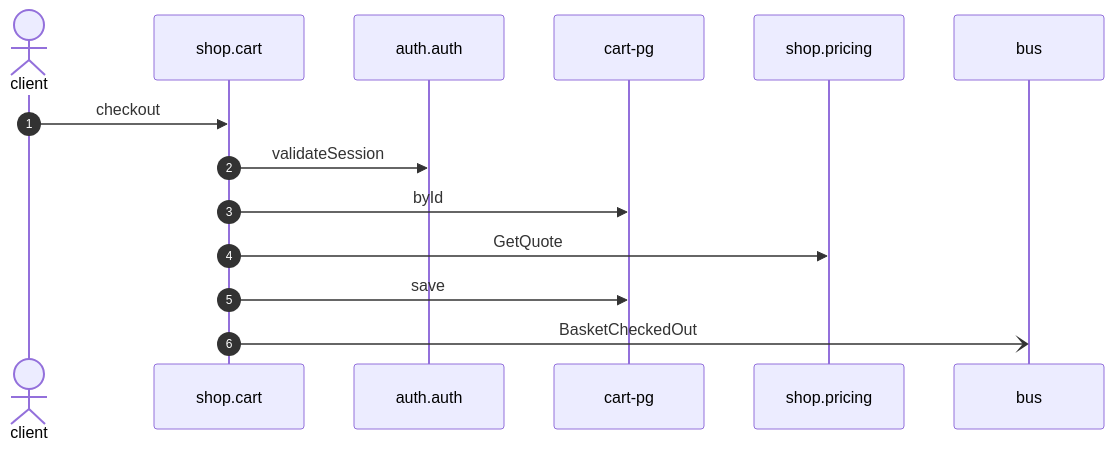
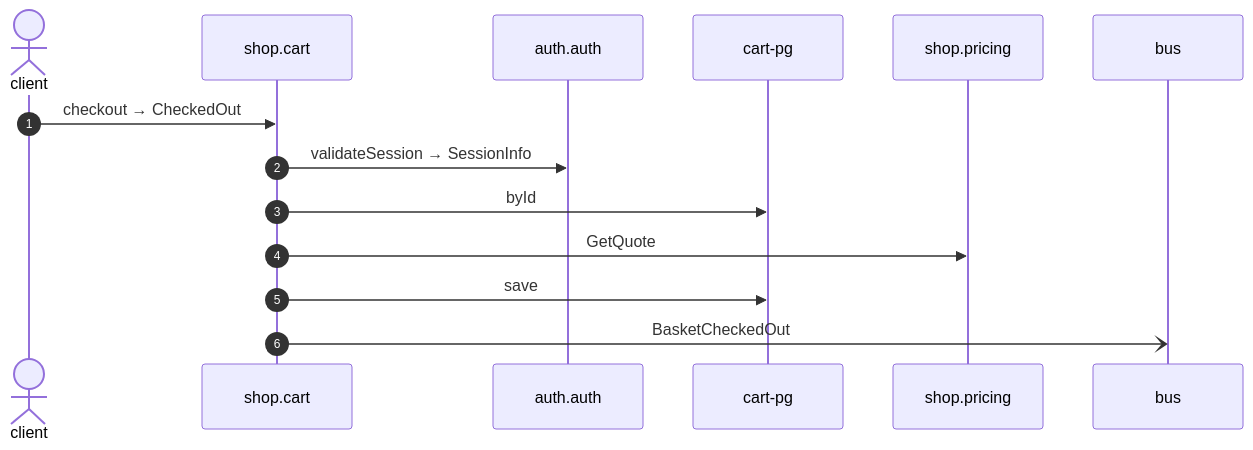
Before and after one commit to shortlink-org/portolan: the diagram in docs/flows/cart-checkout.md, drawn with Mermaid. The commit also changed other lines of this file and 87 other files, not shown here.

````diff
--- a/docs/flows/cart-checkout.md
+++ b/docs/flows/cart-checkout.md
@@ -22,16 +22,16 @@
 ```mermaid
 sequenceDiagram
     autonumber
     actor p0 as client
     participant p1 as shop.cart
     participant p2 as auth.auth
     participant p3 as cart-pg
     participant p4 as shop.pricing
     participant p5 as bus
-    p0->>p1: checkout
-    p1->>p2: validateSession
+    p0->>p1: checkout → CheckedOut
+    p1->>p2: validateSession → SessionInfo
     p1->>p3: byId
     p1->>p4: GetQuote
     p1->>p3: save
     p1-)p5: BasketCheckedOut
 ```
````
